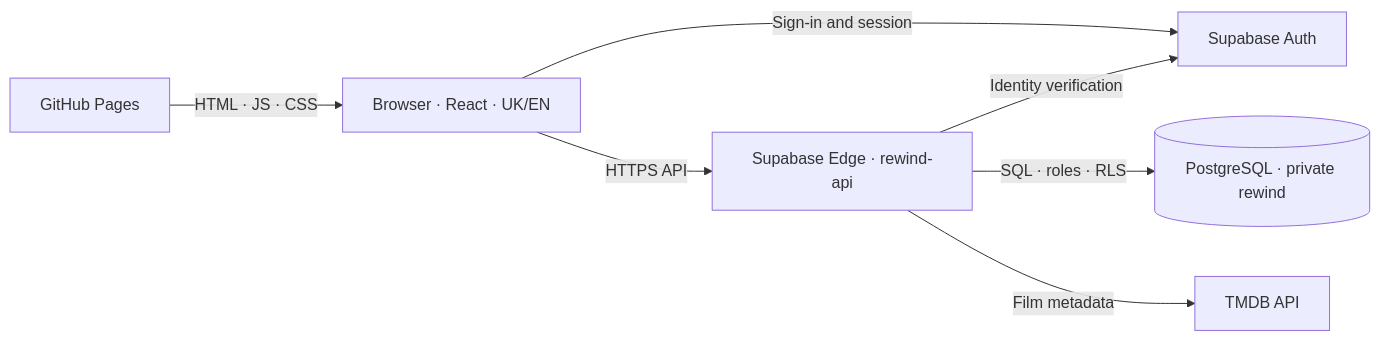
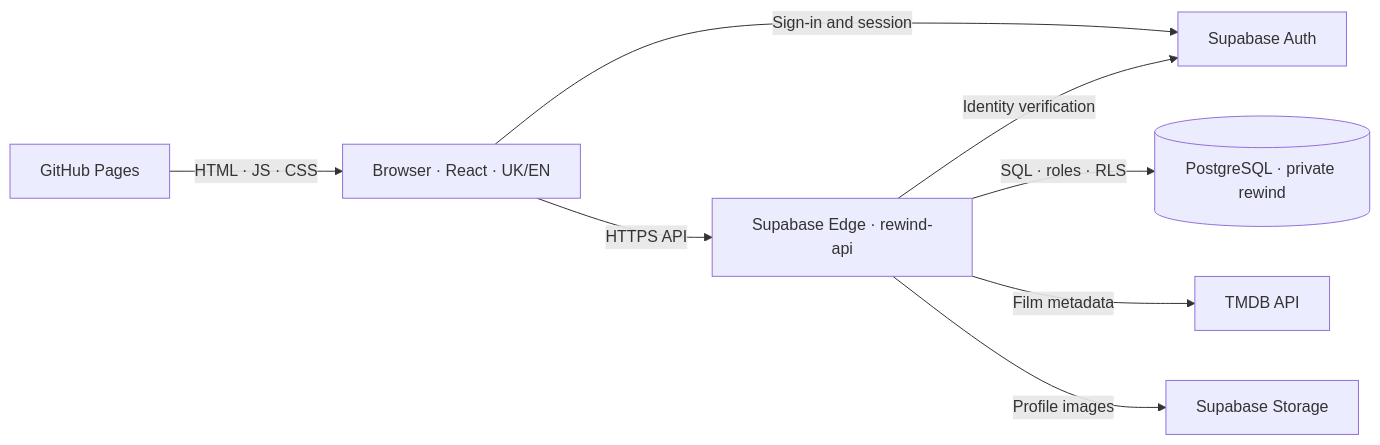
The first of 3 diagrams in README.md (anton5267/rewind-letterboxd), drawn with Mermaid before and after one commit. The commit also changed other lines of this file and 33 other files, not shown here.

````diff
--- a/README.md
+++ b/README.md
@@ -11,9 +11,10 @@
 ```mermaid
 flowchart LR
     Pages["GitHub Pages"] -->|"HTML · JS · CSS"| Browser["Browser · React · UK/EN"]
     Browser -->|"Sign-in and session"| Auth["Supabase Auth"]
     Browser -->|"HTTPS API"| Edge["Supabase Edge · rewind-api"]
     Edge -->|"Identity verification"| Auth
     Edge -->|"SQL · roles · RLS"| Database[("PostgreSQL · private rewind")]
     Edge -->|"Film metadata"| TMDB["TMDB API"]
+    Edge -->|"Profile images"| Storage["Supabase Storage"]
 ```
````
